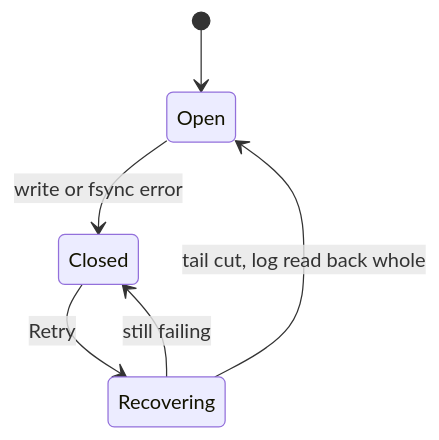
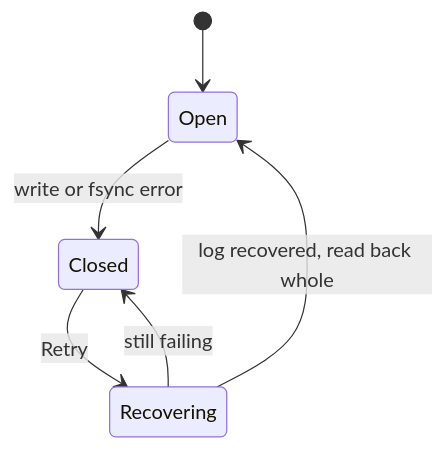
Before and after one commit to HJeon139/postbox: the third of 3 diagrams in designs/508/storage-design.md, drawn with Mermaid. The commit also changed other lines of this file, not shown here.

````diff
--- a/designs/508/storage-design.md
+++ b/designs/508/storage-design.md
@@ -190,8 +205,8 @@
 ```mermaid
 stateDiagram-v2
   [*] --> Open
   Open --> Closed: write or fsync error
   Closed --> Recovering: Retry
-  Recovering --> Open: tail cut, log read back whole
+  Recovering --> Open: log recovered, read back whole
   Recovering --> Closed: still failing
 ```
````
